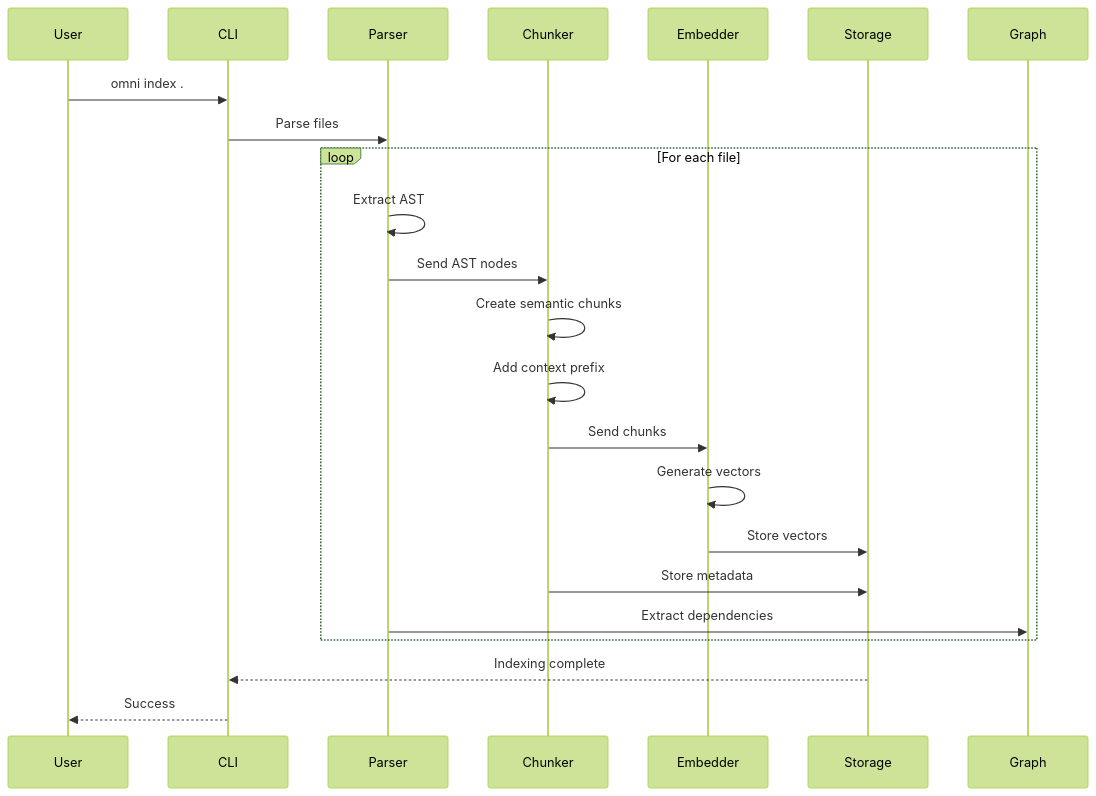
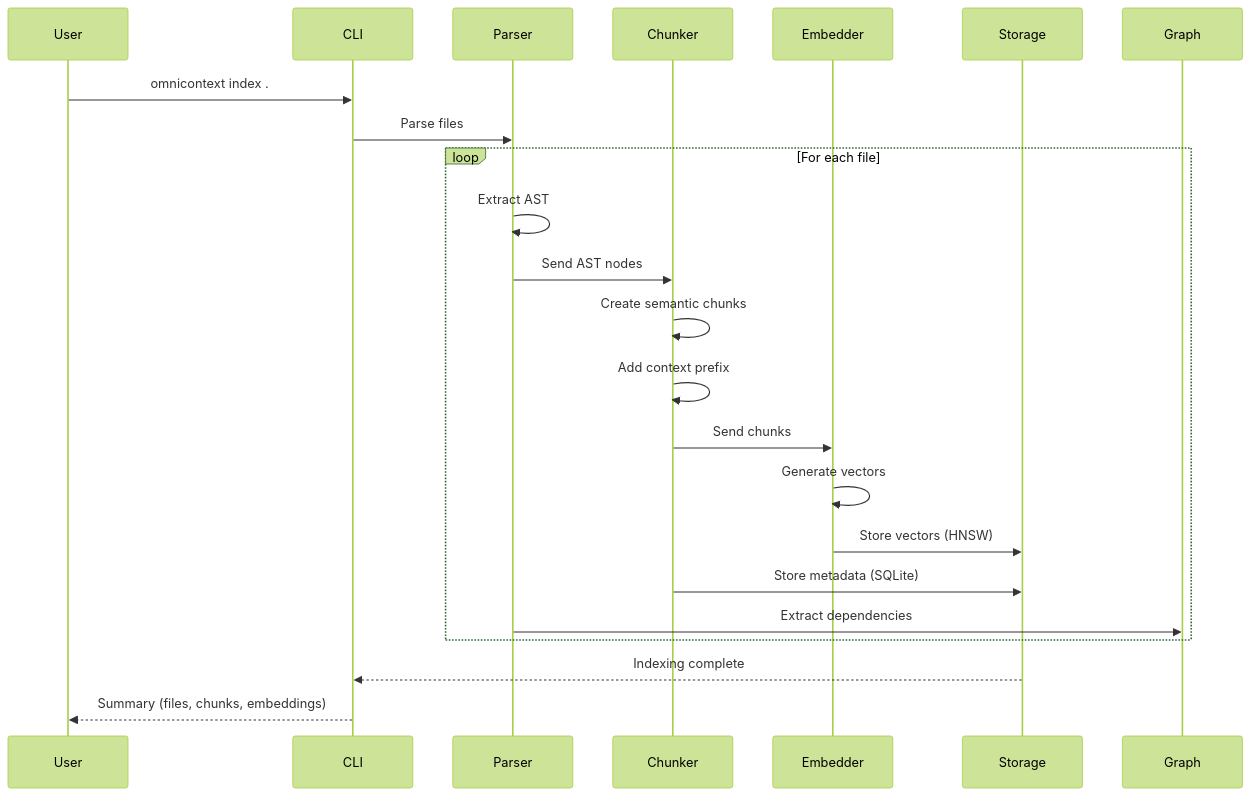
One commit to steeltroops-ai/omnicontext changed the second of 13 diagrams in website/docs/architecture.md. Above: the diagram before and after it, drawn with Mermaid (forest theme). The commit also changed other lines of this file and 71 other files, not shown here.

````diff
--- a/website/docs/architecture.md
+++ b/website/docs/architecture.md
@@ -83,28 +91,28 @@
 ```mermaid
 sequenceDiagram
     participant User
     participant CLI
     participant Parser
     participant Chunker
     participant Embedder
     participant Storage
     participant Graph
-    
-    User->>CLI: omni index .
+
+    User->>CLI: omnicontext index .
     CLI->>Parser: Parse files
-    
+
     loop For each file
         Parser->>Parser: Extract AST
         Parser->>Chunker: Send AST nodes
         Chunker->>Chunker: Create semantic chunks
         Chunker->>Chunker: Add context prefix
         Chunker->>Embedder: Send chunks
         Embedder->>Embedder: Generate vectors
-        Embedder->>Storage: Store vectors
-        Chunker->>Storage: Store metadata
+        Embedder->>Storage: Store vectors (HNSW)
+        Chunker->>Storage: Store metadata (SQLite)
         Parser->>Graph: Extract dependencies
     end
-    
+
     Storage-->>CLI: Indexing complete
-    CLI-->>User: Success
+    CLI-->>User: Summary (files, chunks, embeddings)
 ```
````
